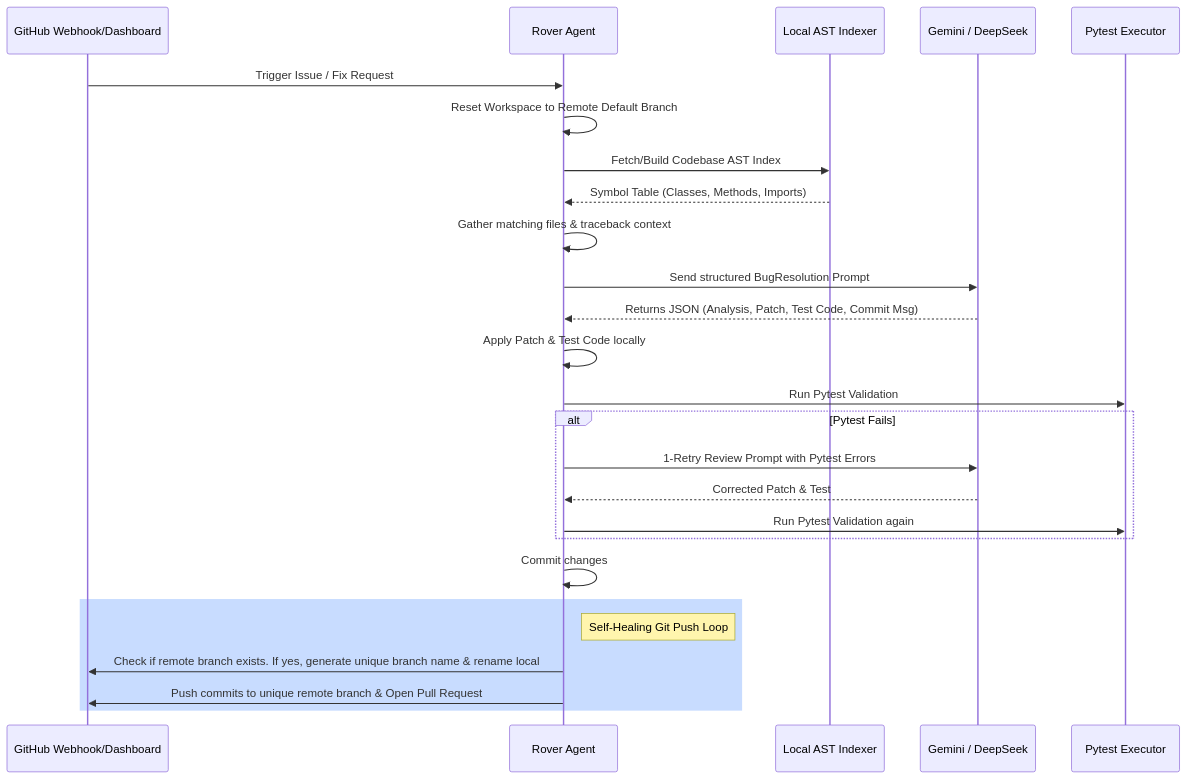
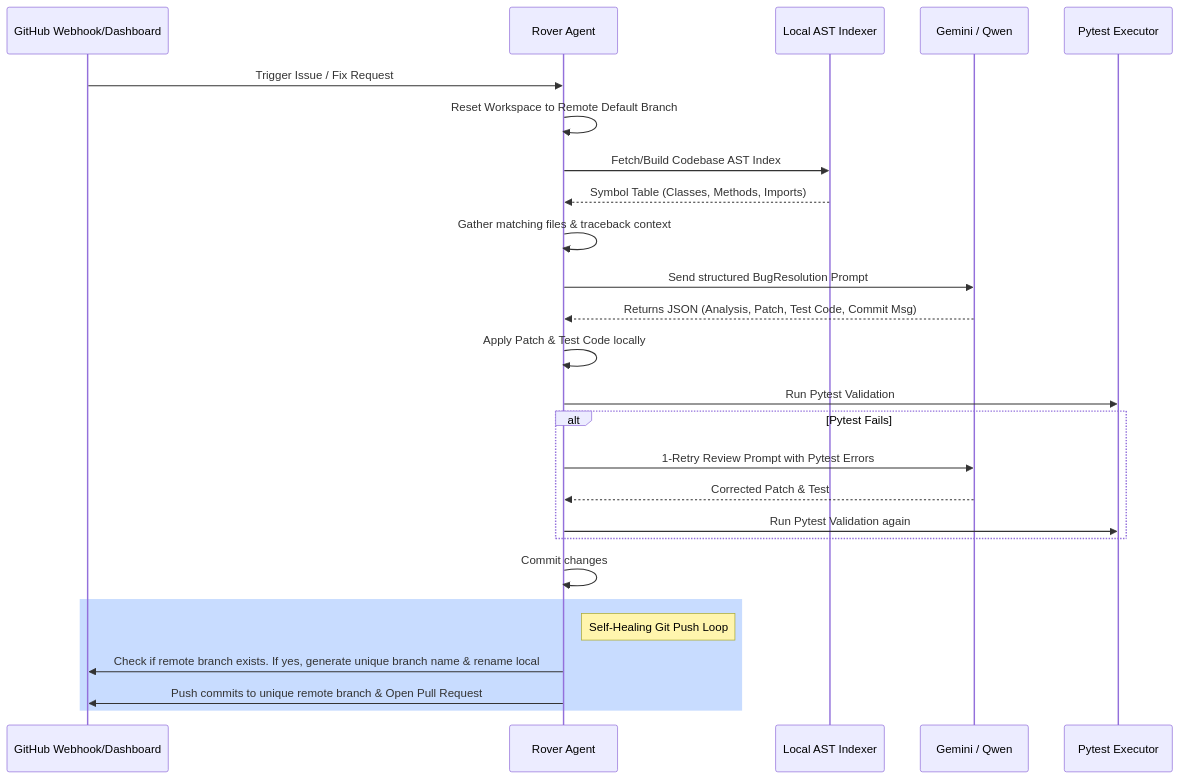
The diagram in README.md (Reshal-006/rover), drawn with Mermaid before and after one commit. The commit also changed other lines of this file, not shown here.

````diff
--- a/README.md
+++ b/README.md
@@ -57,29 +56,29 @@
 ```mermaid
 sequenceDiagram
     participant GH as GitHub Webhook/Dashboard
     participant R as Rover Agent
     participant L as Local AST Indexer
-    participant LLM as Gemini / DeepSeek
+    participant LLM as Gemini / Qwen
     participant T as Pytest Executor
     
     GH->>R: Trigger Issue / Fix Request
     R->>R: Reset Workspace to Remote Default Branch
     R->>L: Fetch/Build Codebase AST Index
     L-->>R: Symbol Table (Classes, Methods, Imports)
     R->>R: Gather matching files & traceback context
     R->>LLM: Send structured BugResolution Prompt
     LLM-->>R: Returns JSON (Analysis, Patch, Test Code, Commit Msg)
     R->>R: Apply Patch & Test Code locally
     R->>T: Run Pytest Validation
     alt Pytest Fails
         R->>LLM: 1-Retry Review Prompt with Pytest Errors
         LLM-->>R: Corrected Patch & Test
         R->>T: Run Pytest Validation again
     end
     R->>R: Commit changes
     rect rgb(200, 220, 255)
         note right of R: Self-Healing Git Push Loop
         R->>GH: Check if remote branch exists. If yes, generate unique branch name & rename local
         R->>GH: Push commits to unique remote branch & Open Pull Request
     end
 ```
````
